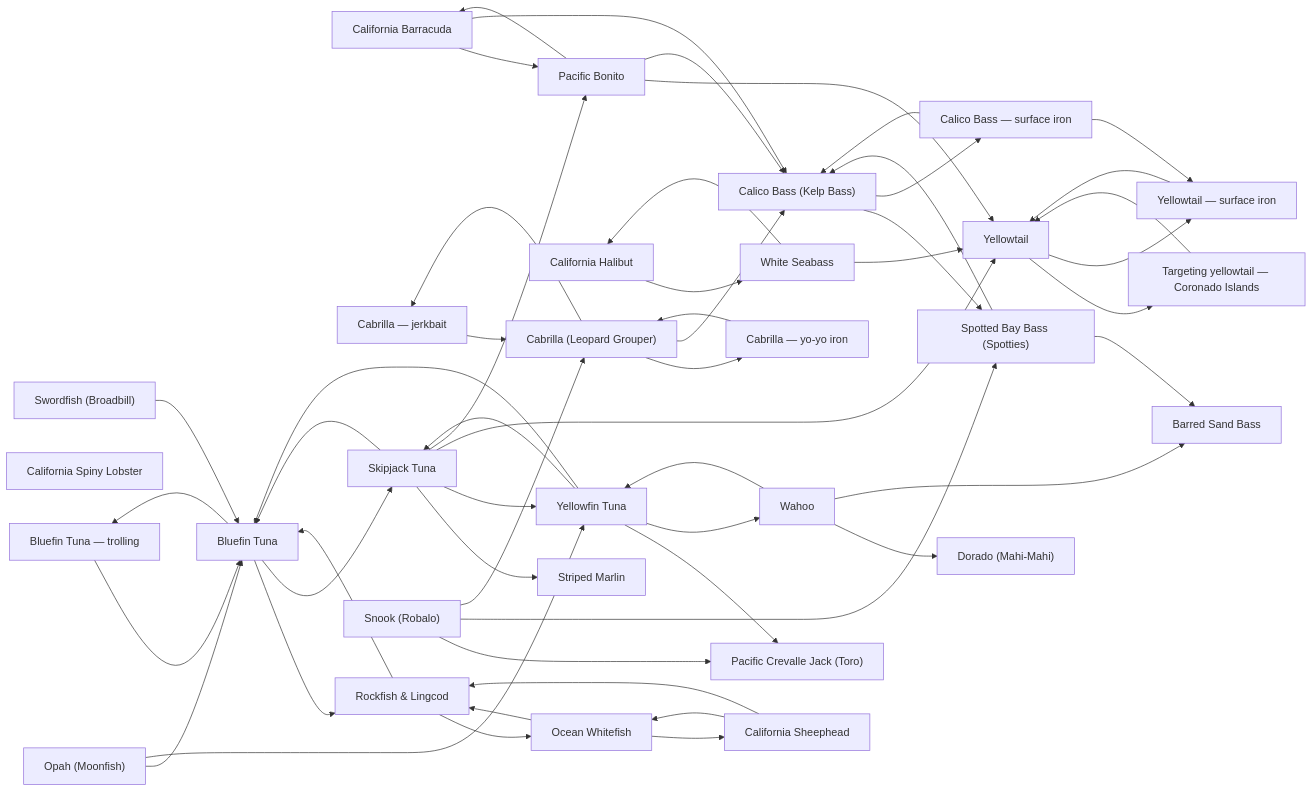
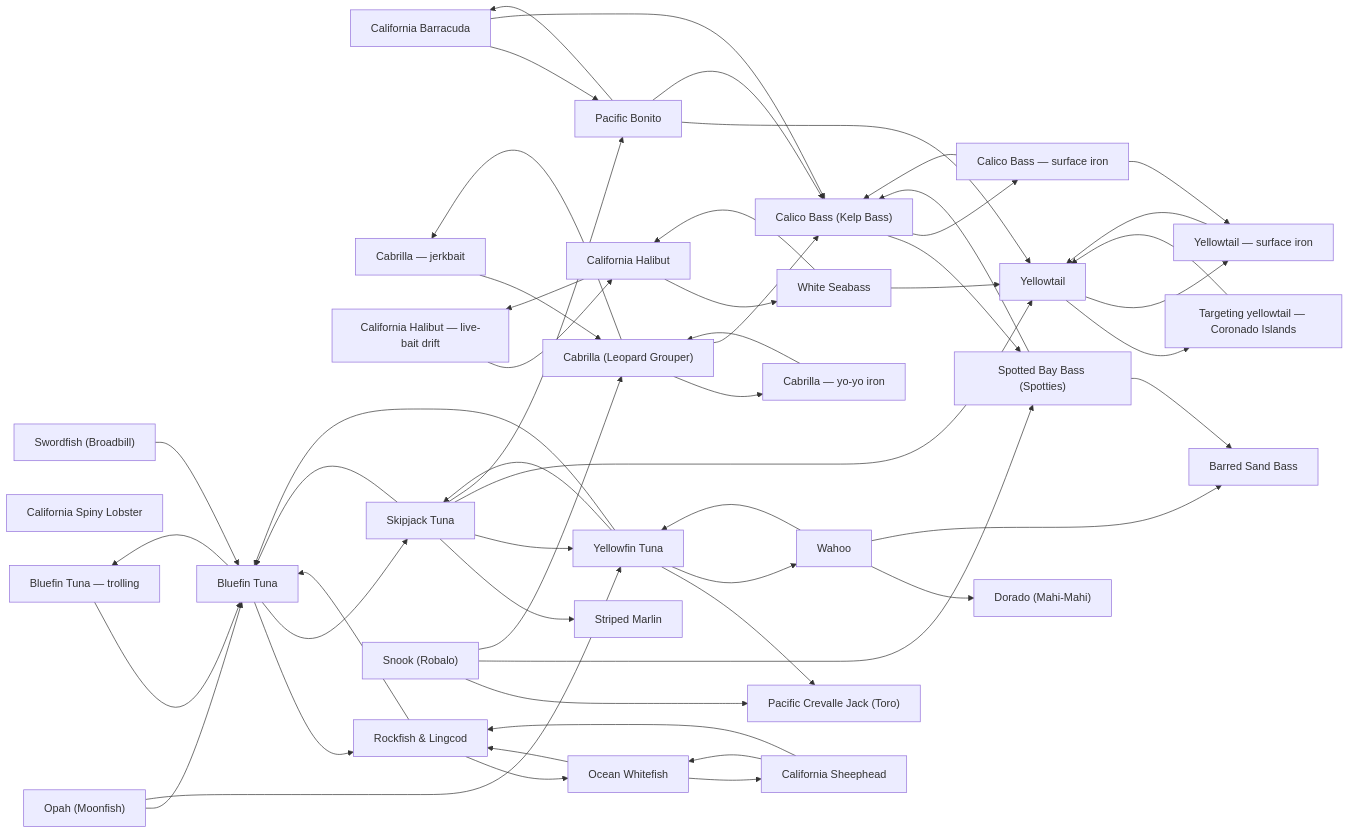
One commit to camchuckpete-max/Socal-Fishing-Knowledge changed the diagram in species/README.md. Above: the diagram before and after it, drawn with Mermaid. The commit also changed other lines of this file and 10 other files, not shown here.

Commit message:
review: relocate species/california-halibut.md → species/california-halibut-live-bait-drift.md

````diff
--- a/species/README.md
+++ b/species/README.md
@@ -53,75 +54,78 @@
   n6["Cabrilla (Leopard Grouper)"]
   n7["Calico Bass — surface iron"]
   n8["Calico Bass (Kelp Bass)"]
-  n9["California Halibut"]
-  n10["California Spiny Lobster"]
-  n11["Dorado (Mahi-Mahi)"]
-  n12["Ocean Whitefish"]
-  n13["Opah (Moonfish)"]
-  n14["Pacific Crevalle Jack (Toro)"]
-  n15["Rockfish & Lingcod"]
-  n16["Barred Sand Bass"]
-  n17["California Sheephead"]
-  n18["Skipjack Tuna"]
-  n19["Snook (Robalo)"]
-  n20["Spotted Bay Bass (Spotties)"]
-  n21["Striped Marlin"]
-  n22["Swordfish (Broadbill)"]
-  n23["Wahoo"]
-  n24["White Seabass"]
-  n25["Yellowfin Tuna"]
-  n26["Targeting yellowtail — Coronado Islands"]
-  n27["Yellowtail — surface iron"]
-  n28["Yellowtail"]
+  n9["California Halibut — live-bait drift"]
+  n10["California Halibut"]
+  n11["California Spiny Lobster"]
+  n12["Dorado (Mahi-Mahi)"]
+  n13["Ocean Whitefish"]
+  n14["Opah (Moonfish)"]
+  n15["Pacific Crevalle Jack (Toro)"]
+  n16["Rockfish & Lingcod"]
+  n17["Barred Sand Bass"]
+  n18["California Sheephead"]
+  n19["Skipjack Tuna"]
+  n20["Snook (Robalo)"]
+  n21["Spotted Bay Bass (Spotties)"]
+  n22["Striped Marlin"]
+  n23["Swordfish (Broadbill)"]
+  n24["Wahoo"]
+  n25["White Seabass"]
+  n26["Yellowfin Tuna"]
+  n27["Targeting yellowtail — Coronado Islands"]
+  n28["Yellowtail — surface iron"]
+  n29["Yellowtail"]
   n0 --> n3
   n0 --> n8
   n1 --> n2
-  n12 --> n15
-  n12 --> n17
-  n13 --> n2
-  n13 --> n25
-  n15 --> n12
-  n15 --> n2
-  n17 --> n12
-  n17 --> n15
-  n18 --> n2
-  n18 --> n21
-  n18 --> n25
-  n18 --> n28
-  n18 --> n3
-  n19 --> n14
-  n19 --> n20
-  n19 --> n6
+  n10 --> n25
+  n10 --> n9
+  n13 --> n16
+  n13 --> n18
+  n14 --> n2
+  n14 --> n26
+  n16 --> n13
+  n16 --> n2
+  n18 --> n13
+  n18 --> n16
+  n19 --> n2
+  n19 --> n22
+  n19 --> n26
+  n19 --> n29
+  n19 --> n3
   n2 --> n1
-  n2 --> n15
-  n2 --> n18
-  n20 --> n16
-  n20 --> n8
-  n22 --> n2
-  n23 --> n11
-  n23 --> n16
-  n23 --> n25
-  n24 --> n28
-  n24 --> n9
-  n25 --> n14
-  n25 --> n18
-  n25 --> n2
-  n25 --> n23
-  n26 --> n28
-  n27 --> n28
-  n28 --> n26
-  n28 --> n27
+  n2 --> n16
+  n2 --> n19
+  n20 --> n15
+  n20 --> n21
+  n20 --> n6
+  n21 --> n17
+  n21 --> n8
+  n23 --> n2
+  n24 --> n12
+  n24 --> n17
+  n24 --> n26
+  n25 --> n10
+  n25 --> n29
+  n26 --> n15
+  n26 --> n19
+  n26 --> n2
+  n26 --> n24
+  n27 --> n29
+  n28 --> n29
+  n29 --> n27
+  n29 --> n28
   n3 --> n0
-  n3 --> n28
+  n3 --> n29
   n3 --> n8
   n4 --> n6
   n5 --> n6
   n6 --> n4
   n6 --> n5
   n6 --> n8
-  n7 --> n27
+  n7 --> n28
   n7 --> n8
-  n8 --> n20
+  n8 --> n21
   n8 --> n7
-  n9 --> n24
+  n9 --> n10
 ```
````
